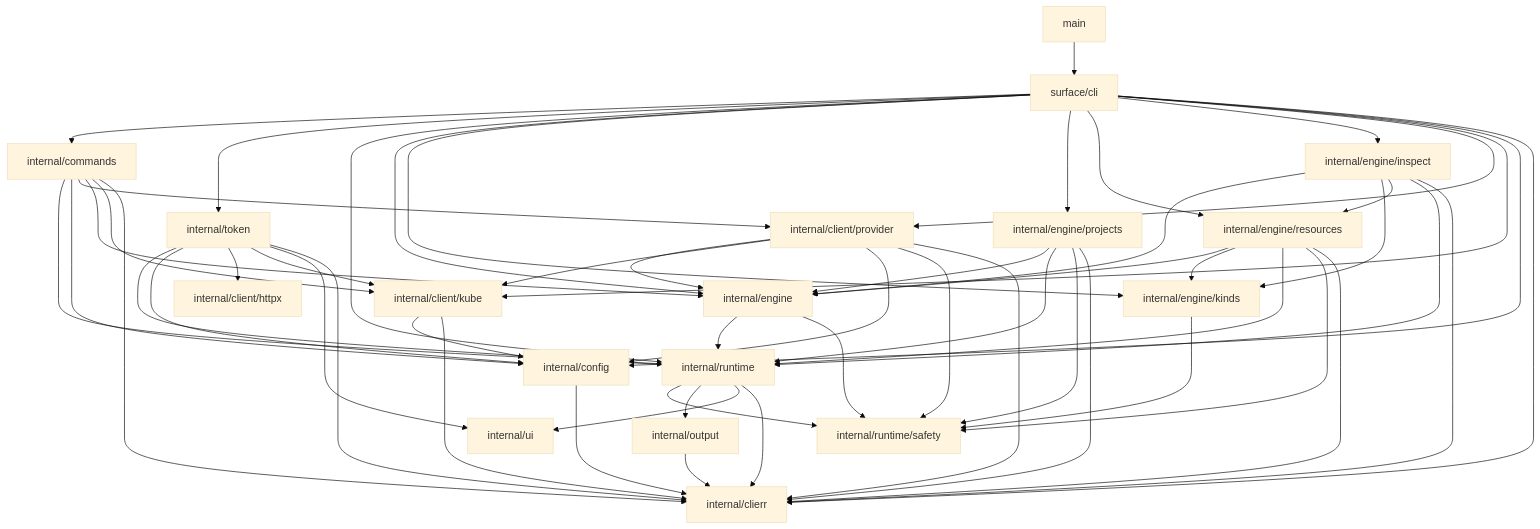
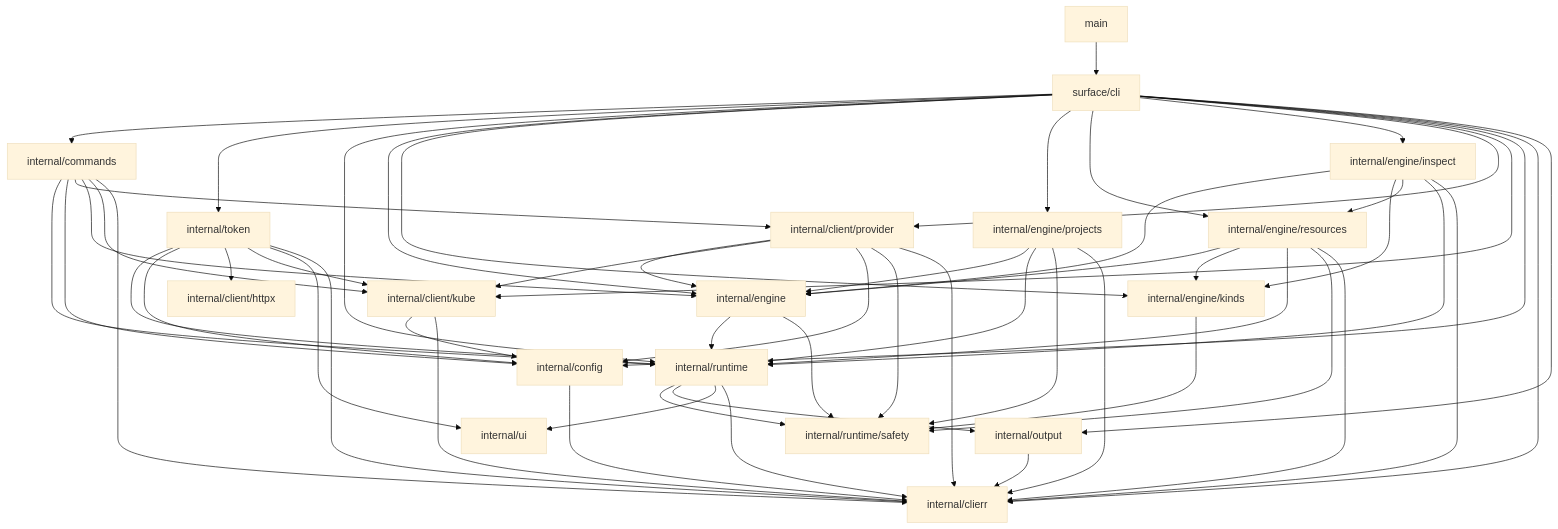
One commit to rancher/rancher-cli changed the diagram in ARCHITECTURE.md. Above: the diagram before and after it, drawn with Mermaid (base theme). The commit also changed 4 other files, not shown here.

```diff
--- a/ARCHITECTURE.md
+++ b/ARCHITECTURE.md
@@ -99,6 +99,7 @@
     cli --> kube
     cli --> config
     cli --> clierr
+    cli --> output
 
     commands --> runtime
     commands --> config
```
